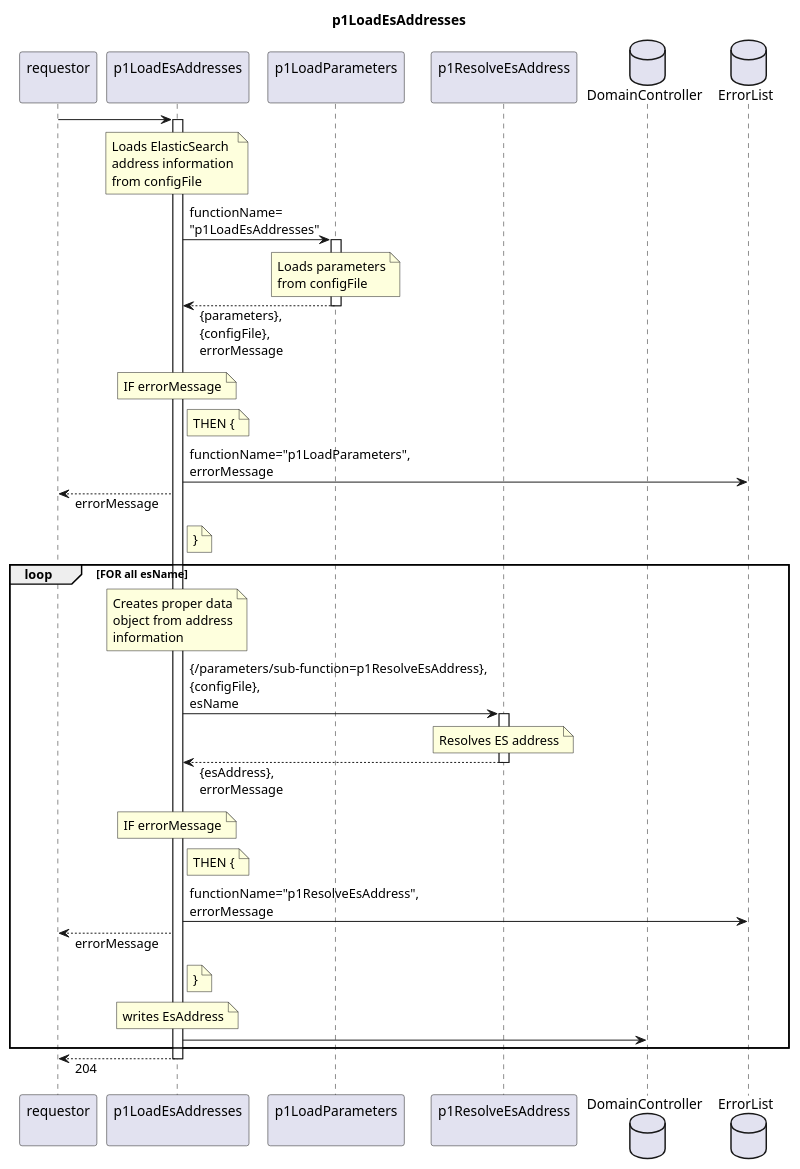
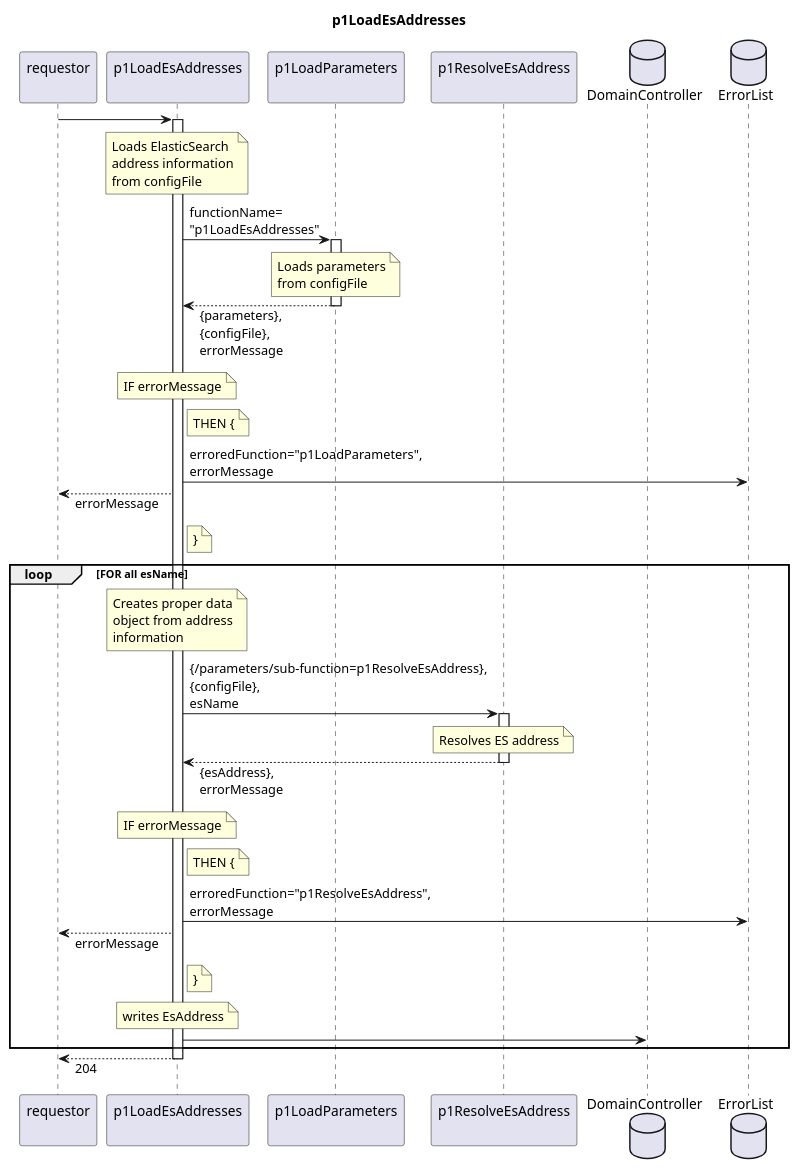
One commit to openBackhaul/FirmWareManager changed the diagram in spec/Functions/Administrative/p1LoadEsAddresses/1.0.0/p1LoadEsAddresses.plantuml. Above: the diagram before and after it, drawn with PlantUML. The commit also changed 28 other files, not shown here.

```diff
--- a/spec/Functions/Administrative/p1LoadEsAddresses/1.0.0/p1LoadEsAddresses.plantuml
+++ b/spec/Functions/Administrative/p1LoadEsAddresses/1.0.0/p1LoadEsAddresses.plantuml
@@ -1,75 +1,75 @@
 @startuml p1LoadEsAddresses
 skinparam responseMessageBelowArrow true
 
 title
   p1LoadEsAddresses
 end title
 
 participant "requestor\n" as requestor
 participant "p1LoadEsAddresses\n" as p1LEA
 participant "p1LoadParameters\n" as p1LP
 participant "p1ResolveEsAddress\n" as p1REA
 database "DomainController" as DC
 database "ErrorList" as hEL
 
 requestor -> p1LEA
 activate p1LEA
   note over p1LEA
     Loads ElasticSearch
     address information
     from configFile
   end note
   p1LEA -> p1LP: functionName=\n"p1LoadEsAddresses"
   activate p1LP
     note over p1LP
       Loads parameters
       from configFile
     end note
   p1LEA <-- p1LP: {parameters},\n{configFile},\nerrorMessage
   deactivate p1LP
   note over p1LEA
     IF errorMessage
   end note
   note right p1LEA
     THEN {
   end note
-  p1LEA -> hEL: functionName="p1LoadParameters",\nerrorMessage
+  p1LEA -> hEL: erroredFunction="p1LoadParameters",\nerrorMessage
   requestor <-- p1LEA: errorMessage
   note right p1LEA
     }
   end note
 
   loop FOR all esName
     note over p1LEA
       Creates proper data
       object from address
       information
     end note
     p1LEA -> p1REA: {/parameters/sub-function=p1ResolveEsAddress},\n{configFile},\nesName
     activate p1REA
       note over p1REA
         Resolves ES address
       end note
     p1LEA <-- p1REA: {esAddress},\nerrorMessage
     deactivate p1REA
     note over p1LEA
       IF errorMessage
     end note
     note right p1LEA
       THEN {
     end note
-    p1LEA -> hEL: functionName="p1ResolveEsAddress",\nerrorMessage
+    p1LEA -> hEL: erroredFunction="p1ResolveEsAddress",\nerrorMessage
     requestor <-- p1LEA: errorMessage
     note right p1LEA
       }
     end note
 
     note over p1LEA
       writes EsAddress
     end note
     p1LEA -> DC
   end loop
 requestor <-- p1LEA: 204
 deactivate p1LEA
 
 @enduml
```
